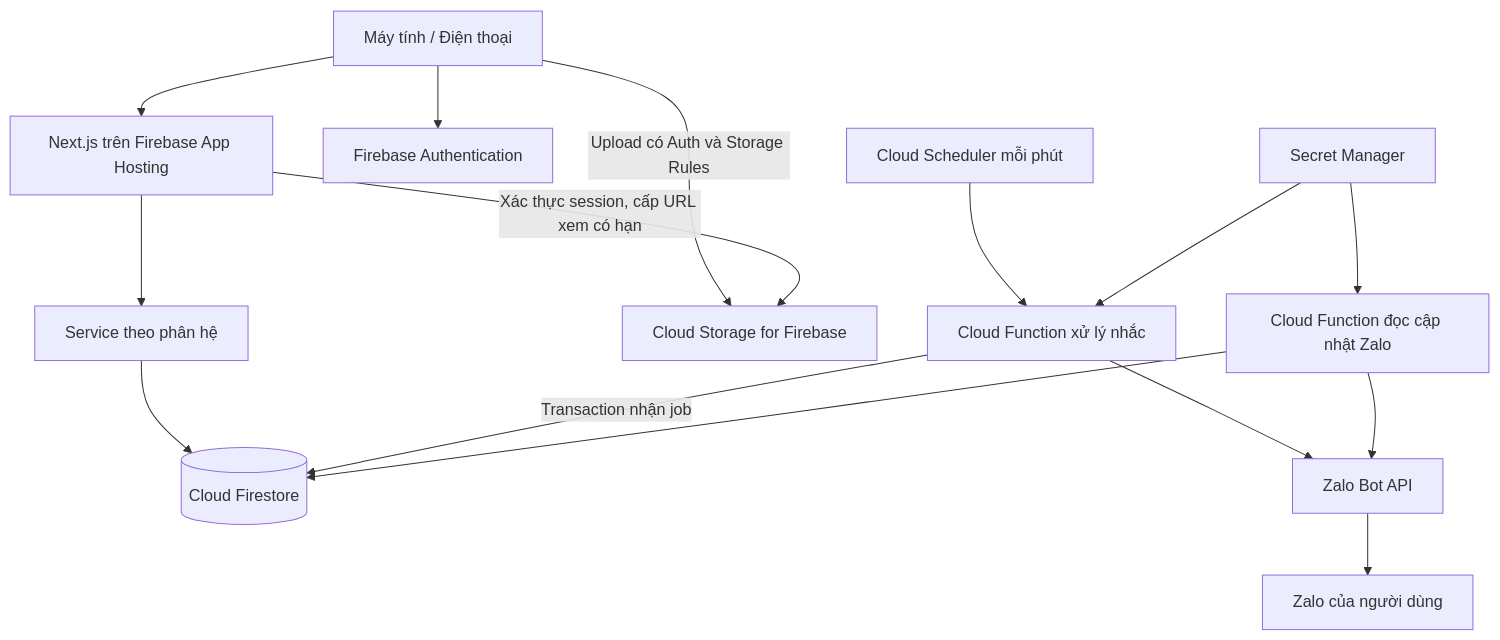
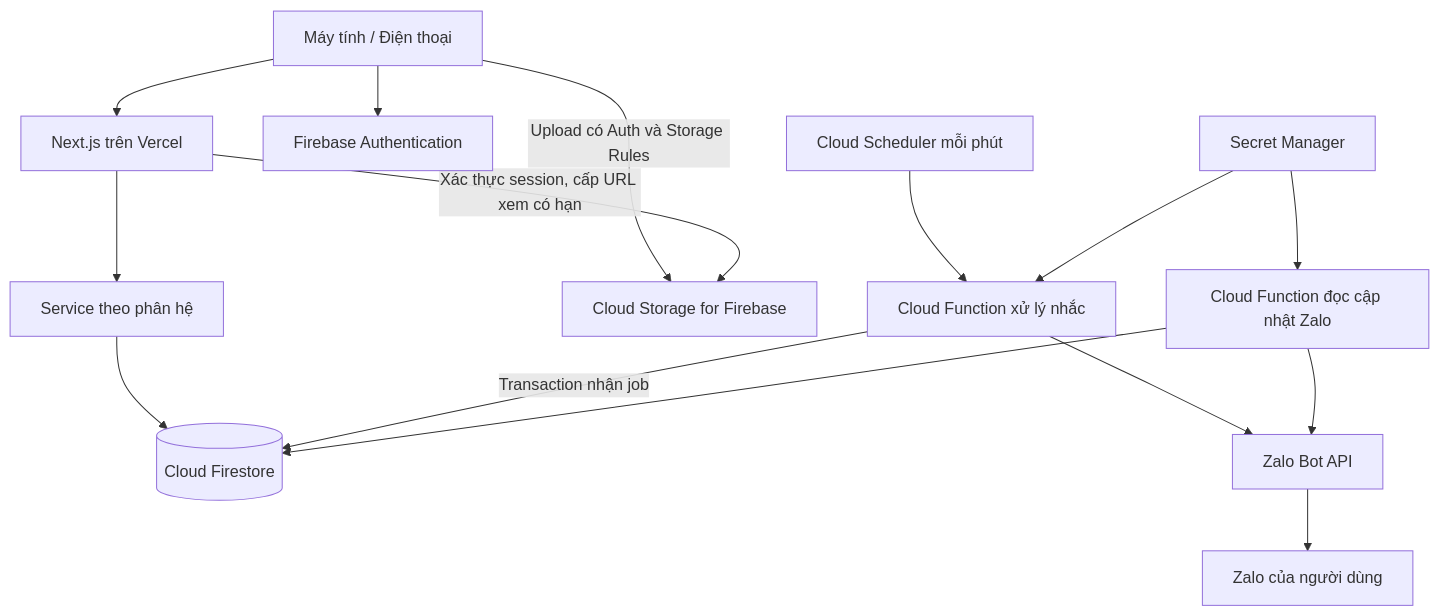
The first of 2 diagrams in MYOS_ARCHITECTURE.md (QUAGTIEN/myos---app), drawn with Mermaid before and after one commit. The commit also changed other lines of this file and 55 other files, not shown here.

```diff
--- a/MYOS_ARCHITECTURE.md
+++ b/MYOS_ARCHITECTURE.md
@@ -77,17 +77,17 @@
 ~~~mermaid
 flowchart TB
-    U[Máy tính / Điện thoại] --> W[Next.js trên Firebase App Hosting]
+    U[Máy tính / Điện thoại] --> W[Next.js trên Vercel]
     U --> A[Firebase Authentication]
     W --> M[Service theo phân hệ]
     M --> D[(Cloud Firestore)]
     U -->|Upload có Auth và Storage Rules| S[Cloud Storage for Firebase]
     W -->|Xác thực session, cấp URL xem có hạn| S
     C[Cloud Scheduler mỗi phút] --> F[Cloud Function xử lý nhắc]
     F -->|Transaction nhận job| D
     F --> Z[Zalo Bot API]
     Z --> P[Zalo của người dùng]
     G[Cloud Function đọc cập nhật Zalo] --> Z
     G --> D
     K[Secret Manager] --> F
     K --> G
 ~~~
```
